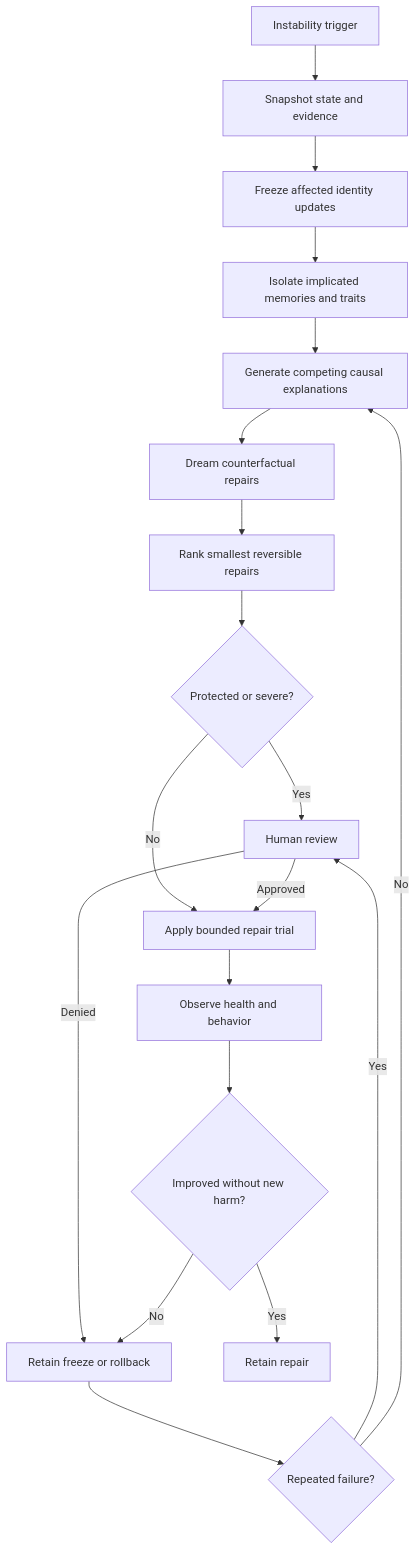
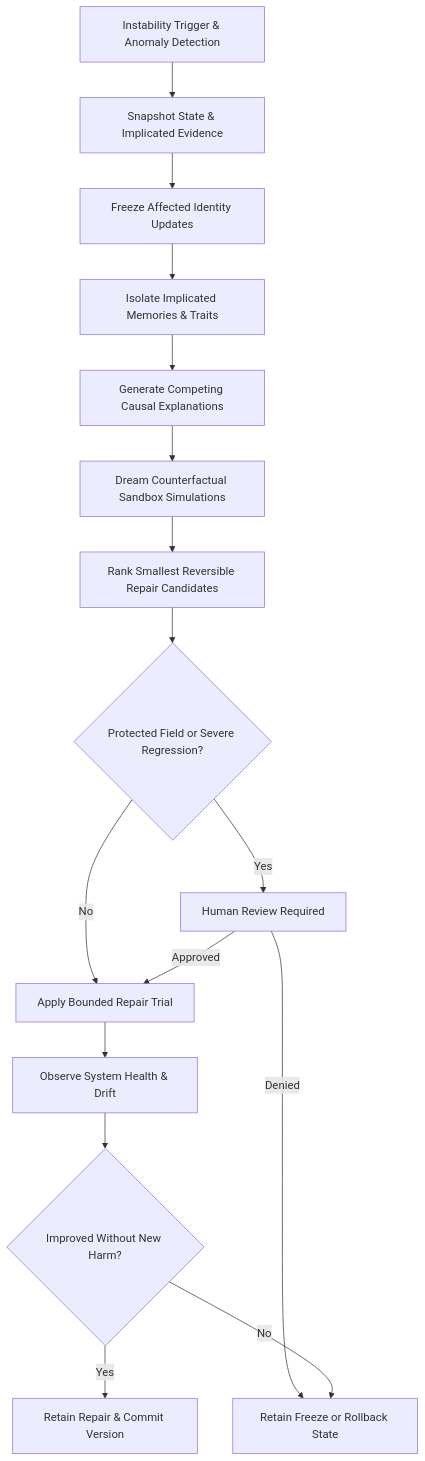
One commit to Azhonaras/soul-engine changed the fifth of 8 diagrams in docs/ARCHITECTURE.md. Above: the diagram before and after it, drawn with Mermaid. The commit also changed other lines of this file and 32 other files, not shown here.

First line of the commit message:
feat(release): v1.1.0 - Human Review Cycle Governance, ISO Verification & Benchmark Suite

````diff
--- a/docs/ARCHITECTURE.md
+++ b/docs/ARCHITECTURE.md
@@ -359,21 +365,20 @@
 ```mermaid
 flowchart TD
-    T[Instability trigger] --> S[Snapshot state and evidence]
-    S --> F[Freeze affected identity updates]
-    F --> I[Isolate implicated memories and traits]
-    I --> C[Generate competing causal explanations]
-    C --> D[Dream counterfactual repairs]
-    D --> R[Rank smallest reversible repairs]
-    R --> G{Protected or severe?}
-    G -- Yes --> H[Human review]
-    G -- No --> P[Apply bounded repair trial]
-    H -- Approved --> P
-    H -- Denied --> X[Retain freeze or rollback]
-    P --> O[Observe health and behavior]
-    O --> B{Improved without new harm?}
-    B -- Yes --> K[Retain repair]
-    B -- No --> X
-    X --> E{Repeated failure?}
-    E -- Yes --> H
-    E -- No --> C
+    T["Instability Trigger & Anomaly Detection"] --> S["Snapshot State & Implicated Evidence"]
+    S --> F["Freeze Affected Identity Updates"]
+    F --> I["Isolate Implicated Memories & Traits"]
+
+    I --> C["Generate Competing Causal Explanations"]
+    C --> D["Dream Counterfactual Sandbox Simulations"]
+    D --> R["Rank Smallest Reversible Repair Candidates"]
+
+    R --> G{"Protected Field or Severe Regression?"}
+    G -->|Yes| H["Human Review Required"]
+    G -->|No| P["Apply Bounded Repair Trial"]
+    H -->|Approved| P
+    H -->|Denied| X["Retain Freeze or Rollback State"]
+    P --> O["Observe System Health & Drift"]
+    O --> B{"Improved Without New Harm?"}
+    B -->|Yes| K["Retain Repair & Commit Version"]
+    B -->|No| X
 ```
````
